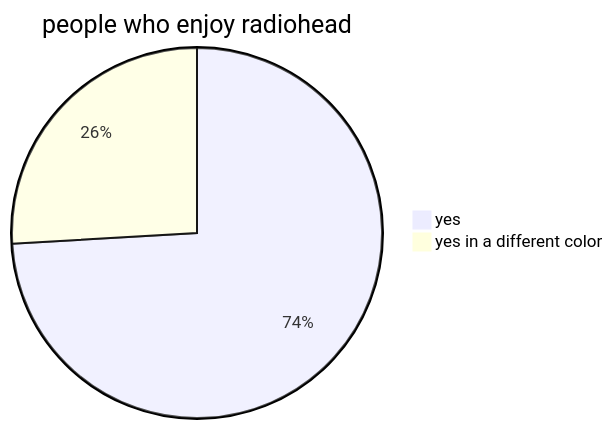
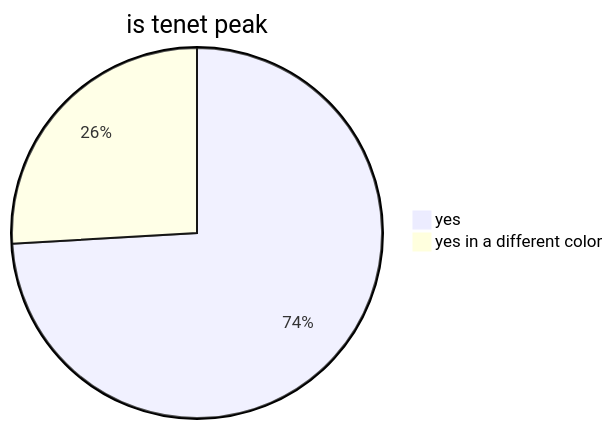
The first of 2 diagrams in MarkdownPractice.md (cathy-french/Tech611_Collab), drawn with Mermaid before and after one commit. The commit also changed other lines of this file, not shown here.

Commit message:
small changes

````diff
--- a/MarkdownPractice.md
+++ b/MarkdownPractice.md
@@ -5,5 +5,5 @@
 ```mermaid
-pie title people who enjoy radiohead
+pie title is tenet peak
     "yes" : 40
     "yes in a different color" : 14
 ```
````
